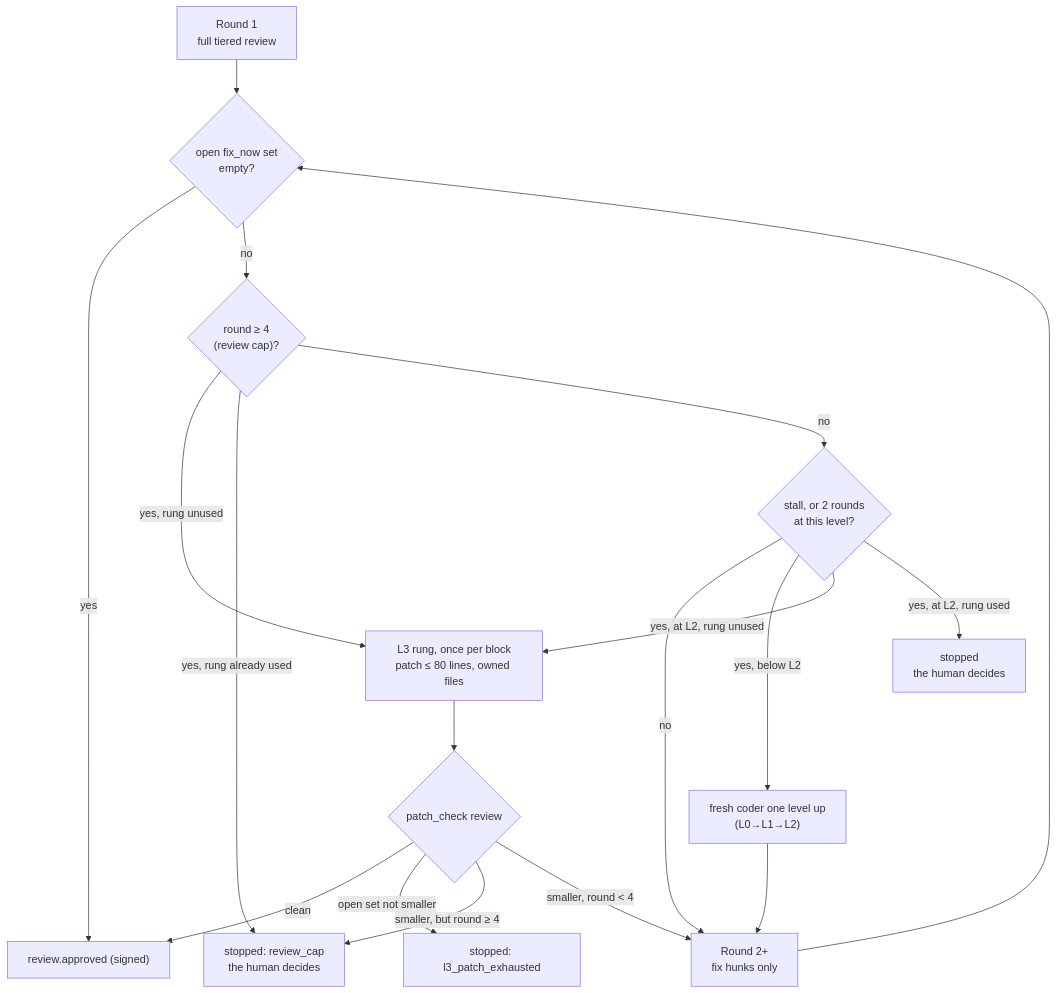
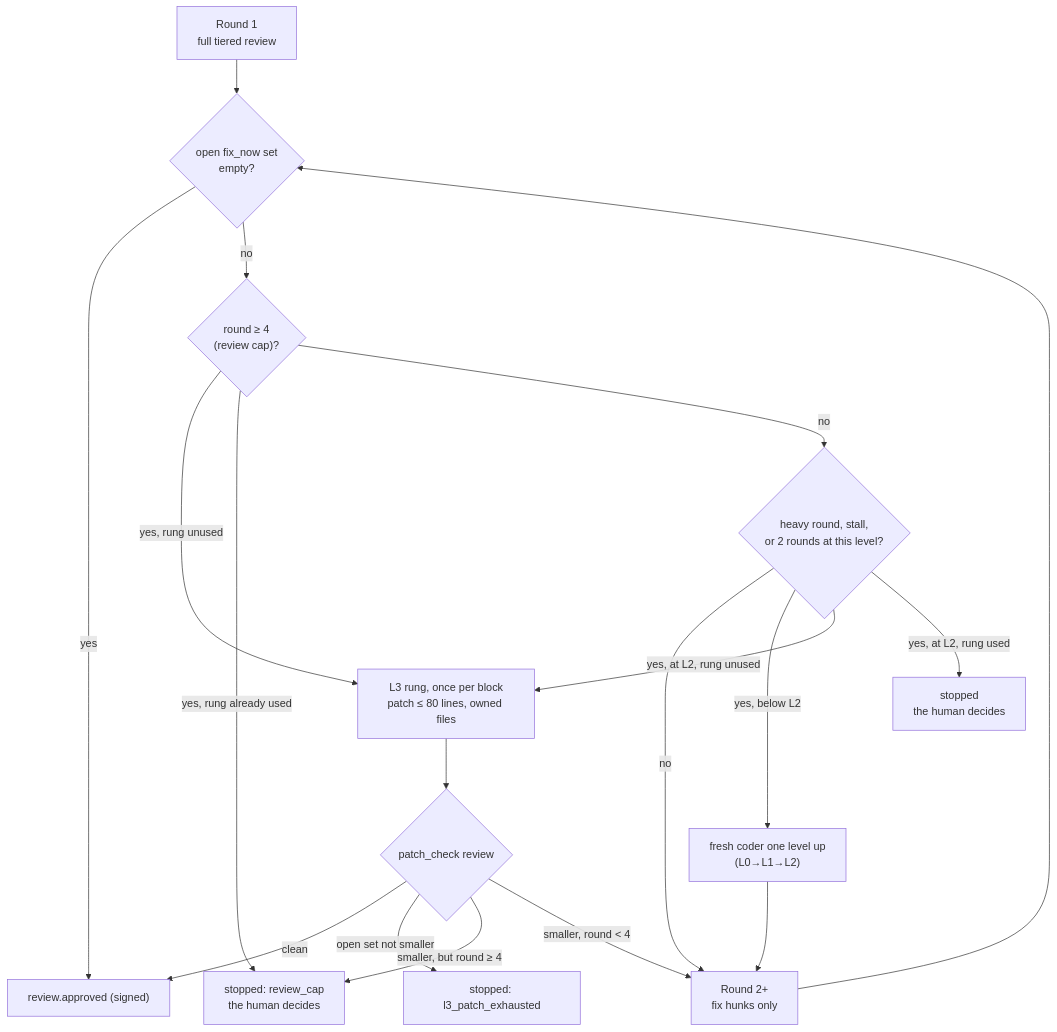
One commit to ricardov03/code-forge changed the second of 2 diagrams in docs/how-it-works.md. Above: the diagram before and after it, drawn with Mermaid. The commit also changed other lines of this file and 15 other files, not shown here.

````diff
--- a/docs/how-it-works.md
+++ b/docs/how-it-works.md
@@ -164,20 +183,20 @@
 ```mermaid
 flowchart TD
   r1["Round 1<br/>full tiered review"] --> done{"open fix_now set<br/>empty?"}
   rn["Round 2+<br/>fix hunks only"] --> done
   done -- yes --> approved["review.approved (signed)"]
   done -- no --> cap{"round ≥ 4<br/>(review cap)?"}
   cap -- "yes, rung unused" --> rung["L3 rung, once per block<br/>patch ≤ 80 lines, owned files"]
   cap -- "yes, rung already used" --> stopcap["stopped: review_cap<br/>the human decides"]
-  cap -- no --> trig{"stall, or 2 rounds<br/>at this level?"}
+  cap -- no --> trig{"heavy round, stall,<br/>or 2 rounds at this level?"}
   trig -- no --> rn
   trig -- "yes, below L2" --> up["fresh coder one level up<br/>(L0→L1→L2)"]
   up --> rn
   trig -- "yes, at L2, rung unused" --> rung
   trig -- "yes, at L2, rung used" --> stopx["stopped<br/>the human decides"]
   rung --> pc{"patch_check review"}
   pc -- clean --> approved
   pc -- "open set not smaller" --> stopp["stopped: l3_patch_exhausted"]
   pc -- "smaller, but round ≥ 4" --> stopcap
   pc -- "smaller, round < 4" --> rn
 ```
````
